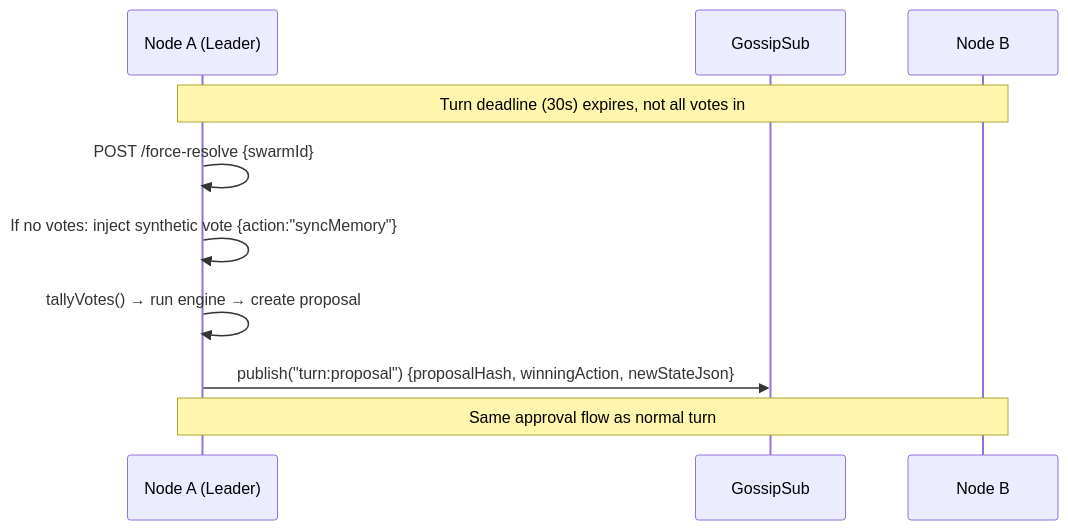
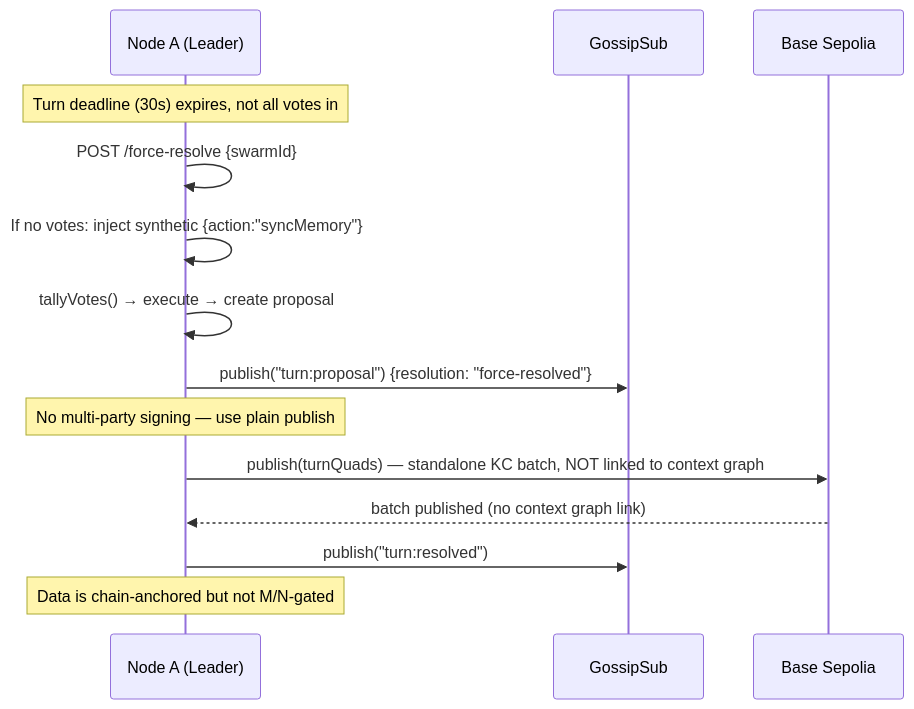
The sixth of 8 diagrams in docs/origintrail-game.md (OriginTrail/dkg), drawn with Mermaid before and after one commit. The commit also changed other lines of this file and 16 other files, not shown here.

First line of the commit message:
feat: selectiveDisclosureMerkleRoot in contracts, game context graph integration, devnet improvements

````diff
--- a/docs/origintrail-game.md
+++ b/docs/origintrail-game.md
@@ -148,15 +258,21 @@
 ```mermaid
 sequenceDiagram
     participant A as Node A (Leader)
     participant GS as GossipSub
-    participant B as Node B
+    participant Chain as Base Sepolia
 
-    Note over A,B: Turn deadline (30s) expires, not all votes in
+    Note over A: Turn deadline (30s) expires, not all votes in
 
     A->>A: POST /force-resolve {swarmId}
-    A->>A: If no votes: inject synthetic vote {action:"syncMemory"}
-    A->>A: tallyVotes() → run engine → create proposal
-    A->>GS: publish("turn:proposal") {proposalHash, winningAction, newStateJson}
+    A->>A: If no votes: inject synthetic {action:"syncMemory"}
+    A->>A: tallyVotes() → execute → create proposal
+    A->>GS: publish("turn:proposal") {resolution: "force-resolved"}
 
-    Note over A,B: Same approval flow as normal turn
+    Note over A: No multi-party signing — use plain publish
+
+    A->>Chain: publish(turnQuads) — standalone KC batch, NOT linked to context graph
+    Chain-->>A: batch published (no context graph link)
+    A->>GS: publish("turn:resolved")
+
+    Note over A: Data is chain-anchored but not M/N-gated
 ```
````
